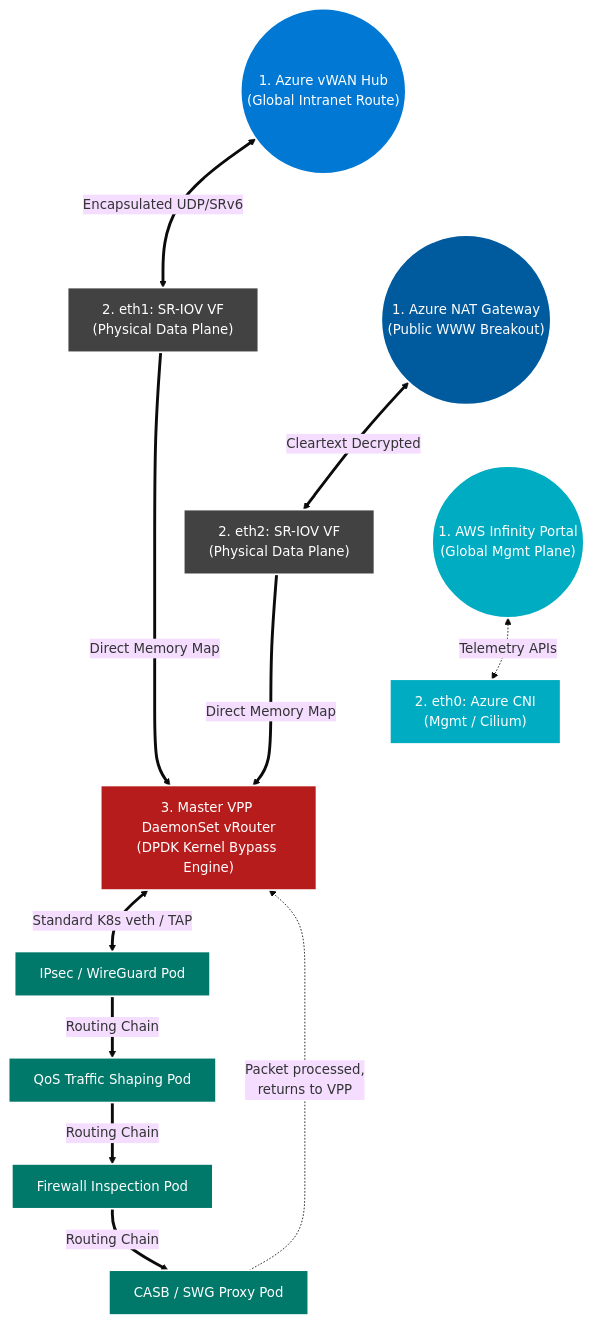
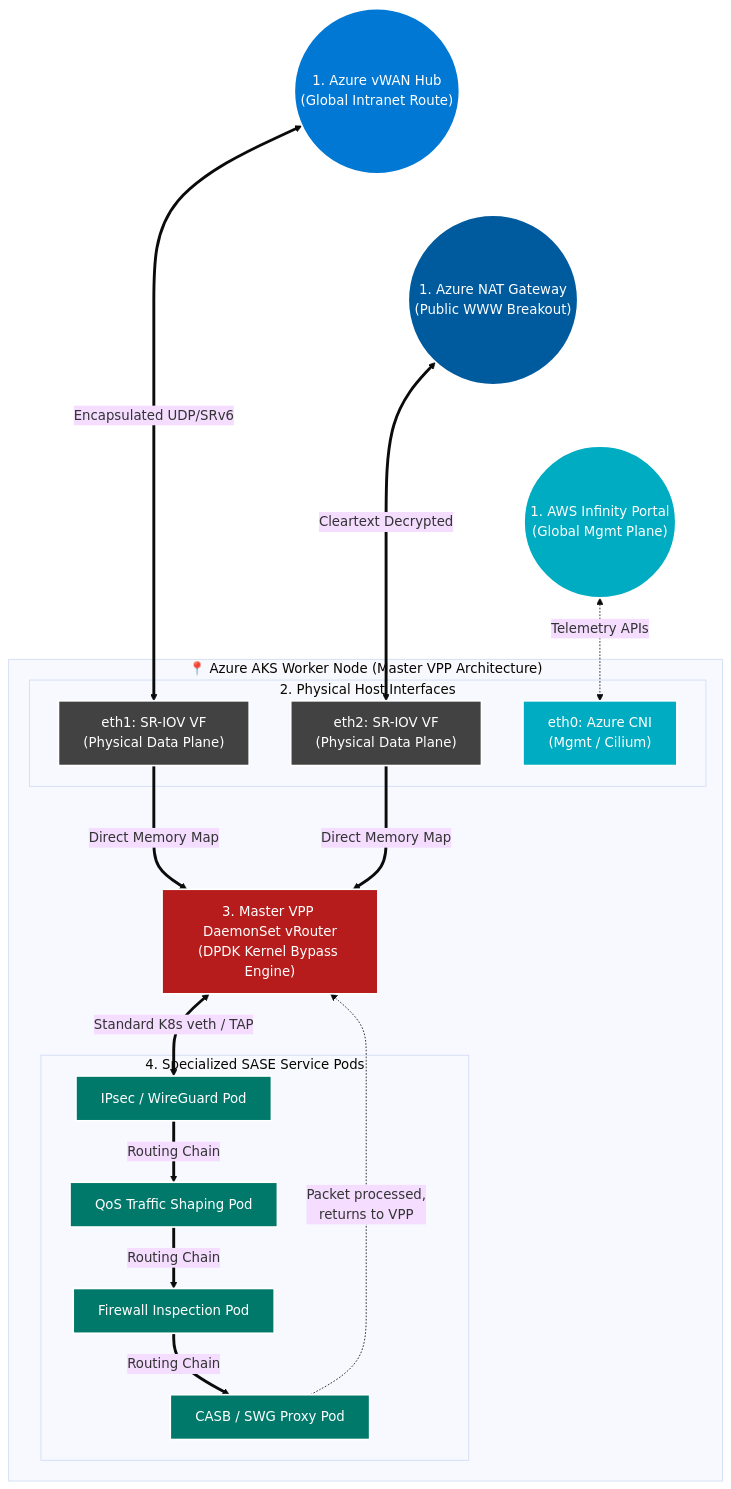
Before and after one commit to roie9876/SASE: the second of 2 diagrams in checkpoint_aks_sase.md, drawn with Mermaid (base theme).

Commit message:
docs: restore AKS node boundary box while preserving readable layout

````diff
--- a/checkpoint_aks_sase.md
+++ b/checkpoint_aks_sase.md
@@ -74,51 +74,51 @@
 ```mermaid
 flowchart TD
     %% Styling
     classDef azure fill:#0078D4,stroke:#fff,stroke-width:2px,color:#fff
     classDef vpp fill:#B71C1C,stroke:#fff,stroke-width:2px,color:#fff
     classDef pod fill:#00796B,stroke:#fff,stroke-width:2px,color:#fff
     classDef hw fill:#424242,stroke:#fff,stroke-width:2px,color:#fff
     classDef mgmt fill:#00ACC1,stroke:#fff,stroke-width:2px,color:#fff
     classDef net fill:#005A9E,stroke:#fff,stroke-width:2px,color:#fff
 
-    %% LAYER 1: Cloud Endpoints (Stand-alone nodes so GitHub doesn't squash them)
+    %% External Cloud Entities
     vWAN(("1. Azure vWAN Hub<br/>(Global Intranet Route)")):::azure
     NAT(("1. Azure NAT Gateway<br/>(Public WWW Breakout)")):::net
     Infinity(("1. AWS Infinity Portal<br/>(Global Mgmt Plane)")):::mgmt
 
-    %% LAYER 2: Physical NIC Boundaries
-    eth1["2. eth1: SR-IOV VF<br/>(Physical Data Plane)"]:::hw
-    eth2["2. eth2: SR-IOV VF<br/>(Physical Data Plane)"]:::hw
-    eth0["2. eth0: Azure CNI<br/>(Mgmt / Cilium)"]:::mgmt
+    subgraph AKS_Node [" 📍 Azure AKS Worker Node (Master VPP Architecture) "]
+        
+        subgraph NICs [" 2. Physical Host Interfaces "]
+            eth1["eth1: SR-IOV VF<br/>(Physical Data Plane)"]:::hw
+            eth2["eth2: SR-IOV VF<br/>(Physical Data Plane)"]:::hw
+            eth0["eth0: Azure CNI<br/>(Mgmt / Cilium)"]:::mgmt
+        end
 
-    %% LAYER 3: The Workhorse DaemonSet
-    VPP["3. Master VPP DaemonSet vRouter<br/>(DPDK Kernel Bypass Engine)"]:::vpp
+        VPP["3. Master VPP DaemonSet vRouter<br/>(DPDK Kernel Bypass Engine)"]:::vpp
 
-    %% LAYER 4: The Microservices (Service Chain)
-    IPsec["IPsec / WireGuard Pod"]:::pod
-    QoS["QoS Traffic Shaping Pod"]:::pod
-    FW["Firewall Inspection Pod"]:::pod
-    CASB["CASB / SWG Proxy Pod"]:::pod
+        subgraph Chain [" 4. Specialized SASE Service Pods "]
+            IPsec["IPsec / WireGuard Pod"]:::pod
+            QoS["QoS Traffic Shaping Pod"]:::pod
+            FW["Firewall Inspection Pod"]:::pod
+            CASB["CASB / SWG Proxy Pod"]:::pod
+        end
 
-    %% EXTERNAL ROUTING MAP
+        %% Internal Links
+        eth1 ===>|"Direct Memory Map"| VPP
+        eth2 ===>|"Direct Memory Map"| VPP
+
+        VPP <==>|"Standard K8s veth / TAP"| IPsec
+        IPsec ==>|"Routing Chain"| QoS
+        QoS ==>|"Routing Chain"| FW
+        FW ==>|"Routing Chain"| CASB
+        CASB -.->|"Packet processed,<br/>returns to VPP"| VPP
+    end
+
+    %% External Links (Binds the outside world to the Worker Node)
     vWAN <==>|"Encapsulated UDP/SRv6"| eth1
     NAT <==>|"Cleartext Decrypted"| eth2
     Infinity <.->|"Telemetry APIs"| eth0
 
-    %% INTERNAL HOST ROUTING MAP
-    eth1 ===>|"Direct Memory Map"| VPP
-    eth2 ===>|"Direct Memory Map"| VPP
-
-    %% SERVICE CHAIN (Top-to-Bottom Flow)
-    VPP <==>|"Standard K8s veth / TAP"| IPsec
-    IPsec ==>|"Routing Chain"| QoS
-    QoS ==>|"Routing Chain"| FW
-    FW ==>|"Routing Chain"| CASB
-    
-    %% Loop back
-    CASB -.->|"Packet processed,<br/>returns to VPP"| VPP
-
-    %% INVISIBLE ALIGNMENT (Forces the items to render beautifully side-by-side)
+    %% Enforce Alignment
     vWAN ~~~ NAT ~~~ Infinity
-    eth1 ~~~ eth2 ~~~ eth0
 ```
````
